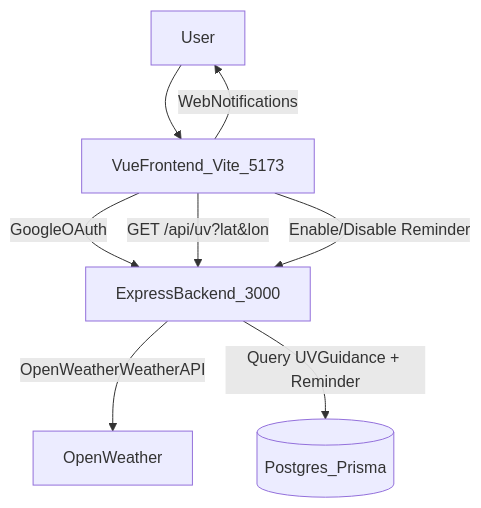
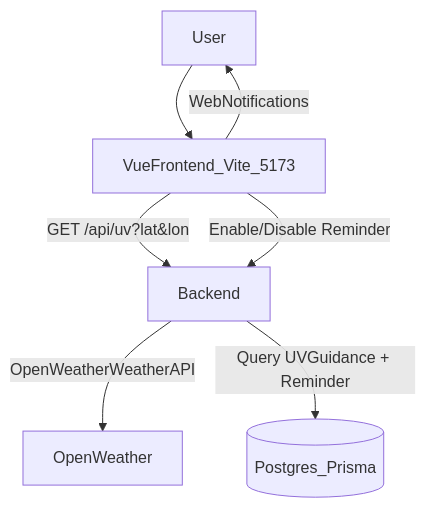
One commit to Naif33430713/FIT5120-S12026-TE08 changed the diagram in README.md. Above: the diagram before and after it, drawn with Mermaid.

````diff
--- a/README.md
+++ b/README.md
@@ -155,10 +155,9 @@
 ```mermaid
 flowchart TD
   User[User] --> Browser[VueFrontend_Vite_5173]
-  Browser -->|"GoogleOAuth"| Backend[ExpressBackend_3000]
   Browser -->|"GET /api/uv?lat&lon"| Backend
   Backend -->|"OpenWeatherWeatherAPI"| OpenWeather[OpenWeather]
   Backend -->|"Query UVGuidance + Reminder"| Postgres[(Postgres_Prisma)]
   Browser -->|"Enable/Disable Reminder"| Backend
   Browser -->|"WebNotifications"| User
 ```
````
